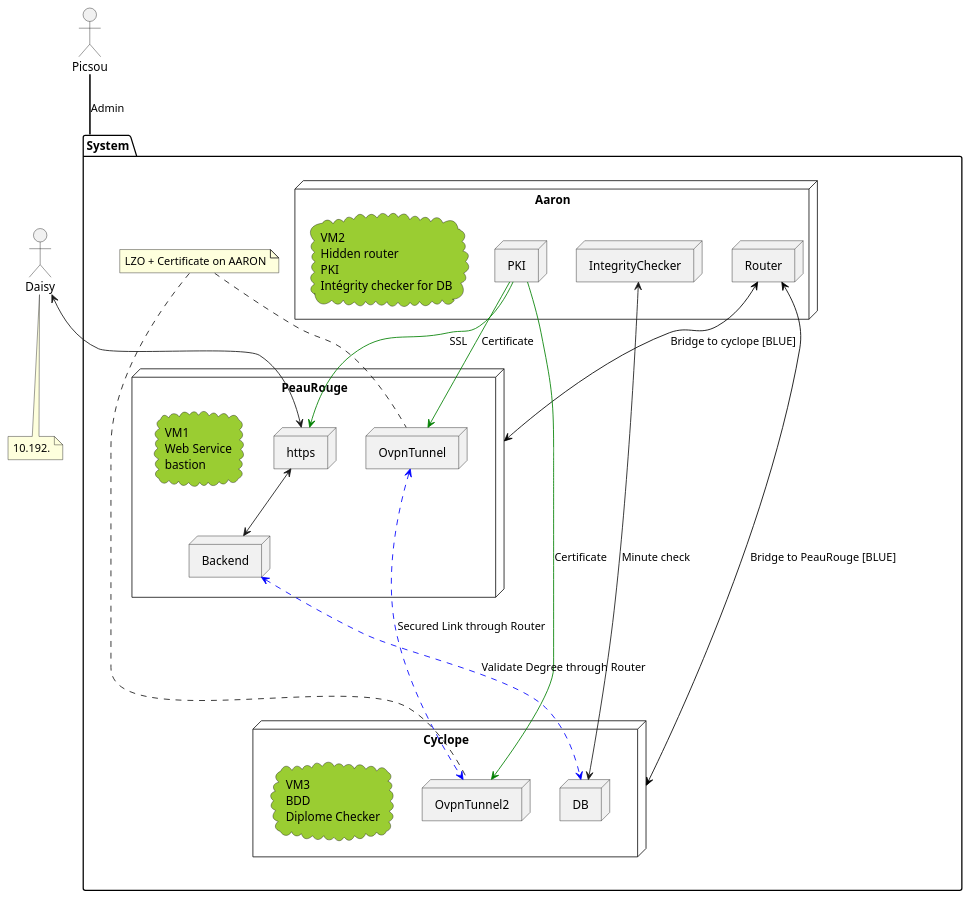
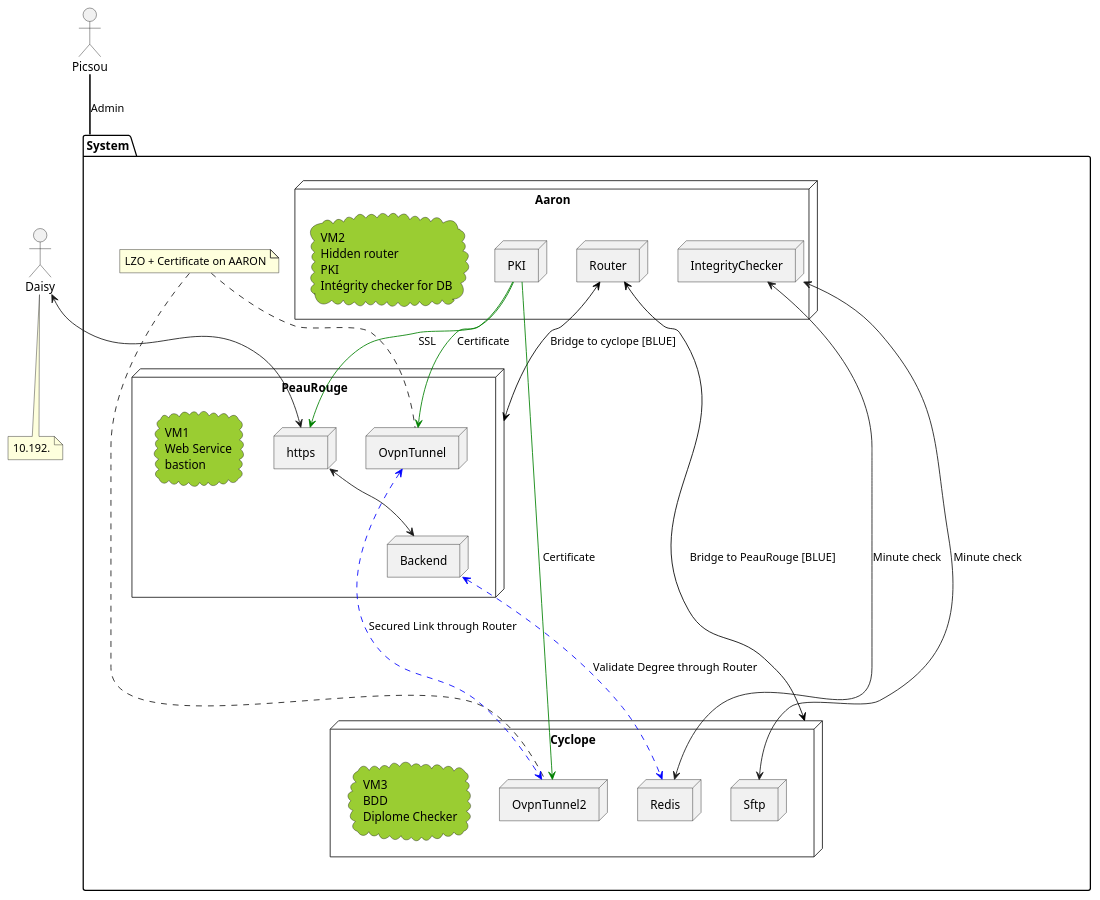
The diagram in infra.wsd (batleforc/M1-Project-network), drawn with PlantUML before and after one commit. The commit also changed 1 other file, not shown here.

```diff
--- a/infra.wsd
+++ b/infra.wsd
@@ -1,67 +1,69 @@
 @startuml Glob
 actor Daisy
 actor Picsou
 folder System{
   node PeauRouge {
     node https
     node OvpnTunnel
     node Backend
     cloud notePeauRouge #YellowGreen[
       VM1
       Web Service
       bastion
     ]
   }
   node Aaron{
     node Router
     node PKI
     node IntegrityChecker
     cloud noteAaron #YellowGreen[
       VM2
       Hidden router
       PKI
       Intégrity checker for DB
     ]
   }
   node Cyclope{
-    node DB
+    node Redis
     node OvpnTunnel2
+    node Sftp
     cloud noteCyclop #YellowGreen[
       VM3
       BDD
       Diplome Checker
     ]
   }
   note "LZO + Certificate on AARON" as vpn
 }
 
 note "10.192." as noteDaisy
 Daisy .. noteDaisy
 Picsou == System : Admin
 
 
 
 
 vpn .. OvpnTunnel
 vpn .. OvpnTunnel2
 
 
 Daisy <--> https
 
 PeauRouge <-[#Black]-> Router : Bridge to cyclope [BLUE]
 Router <-[#Black]-> Cyclope : Bridge to PeauRouge [BLUE]
 
-IntegrityChecker <--> DB : Minute check
+IntegrityChecker <--> Redis : Minute check
+IntegrityChecker <--> Sftp : Minute check
 
 OvpnTunnel <.[#Blue]..> OvpnTunnel2 : Secured Link through Router
 
 PKI -[#Green]-> https : SSL
 
 PKI -[#Green]-> OvpnTunnel : Certificate
 PKI -[#Green]-> OvpnTunnel2 : Certificate
 
 https <--> Backend
 
-Backend <..[#Blue].> DB : Validate Degree through Router
+Backend <..[#Blue].> Redis : Validate Degree through Router
 
 @enduml
```
